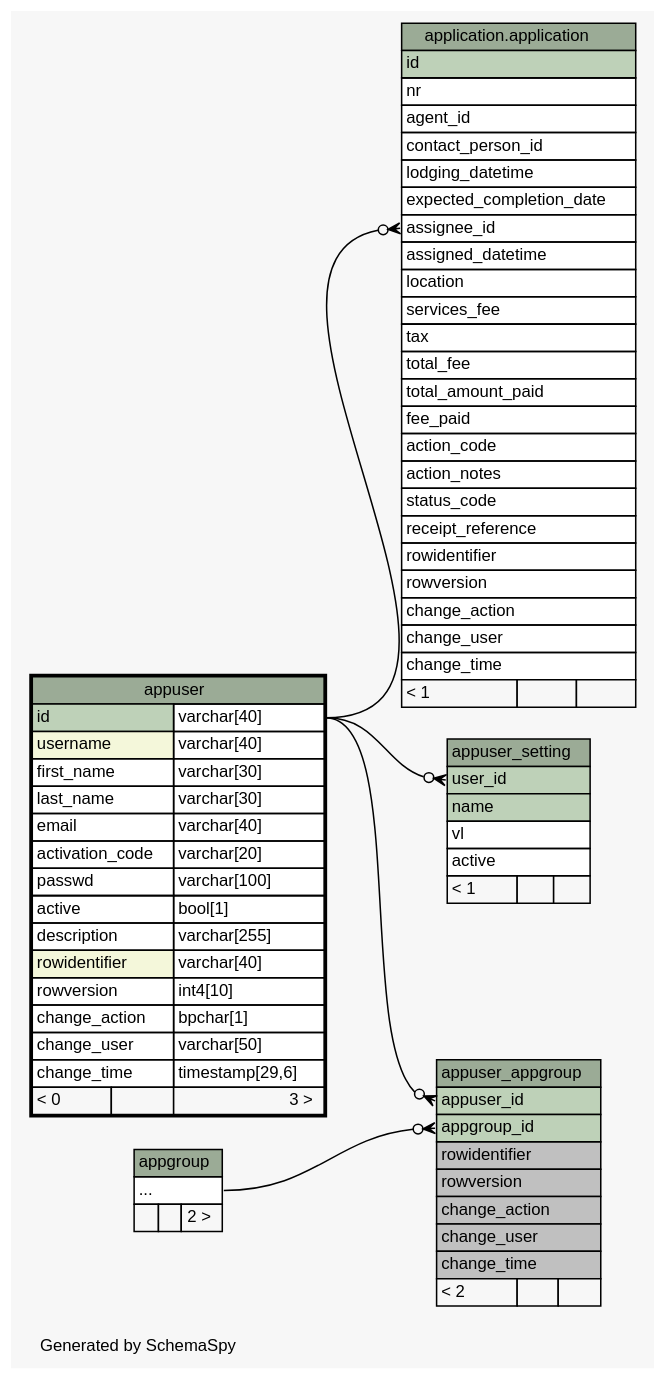
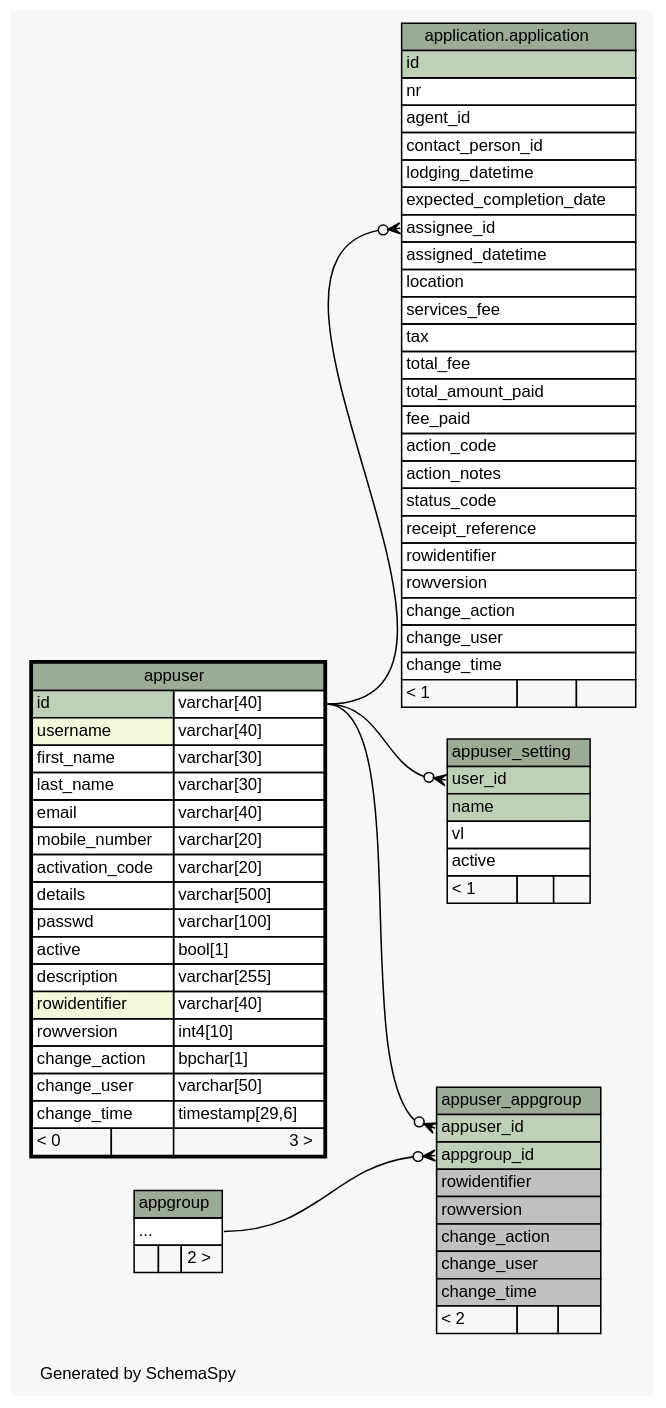
Before and after one commit to SOLA-FAO/database_sola: the diagram in doc/system/diagrams/appuser.2degrees.dot, drawn with Graphviz. The commit also changed 264 other files, not shown here.

```diff
--- a/doc/system/diagrams/appuser.2degrees.dot
+++ b/doc/system/diagrams/appuser.2degrees.dot
@@ -1,120 +1,122 @@
 // dot 2.36.0 on Windows 7 6.1
 // SchemaSpy rev 590
 digraph "twoDegreesRelationshipsDiagram" {
   graph [
     rankdir="RL"
     bgcolor="#f7f7f7"
     label="\nGenerated by SchemaSpy"
     labeljust="l"
     nodesep="0.18"
     ranksep="0.46"
     fontname="Helvetica"
     fontsize="11"
   ];
   node [
     fontname="Helvetica"
     fontsize="11"
     shape="plaintext"
   ];
   edge [
     arrowsize="0.8"
   ];
   "application.application":"assignee_id":w -> "appuser":"id.type":e [arrowhead=none dir=back arrowtail=crowodot];
   "appuser_appgroup":"appgroup_id":w -> "appgroup":"elipses":e [arrowhead=none dir=back arrowtail=crowodot];
   "appuser_appgroup":"appuser_id":w -> "appuser":"id.type":e [arrowhead=none dir=back arrowtail=crowodot];
   "appuser_setting":"user_id":w -> "appuser":"id.type":e [arrowhead=none dir=back arrowtail=crowodot];
   "appgroup" [
     label=<
     <TABLE BORDER="0" CELLBORDER="1" CELLSPACING="0" BGCOLOR="#ffffff">
       <TR><TD COLSPAN="3" BGCOLOR="#9bab96" ALIGN="CENTER">appgroup</TD></TR>
       <TR><TD PORT="elipses" COLSPAN="3" ALIGN="LEFT">...</TD></TR>
       <TR><TD ALIGN="LEFT" BGCOLOR="#f7f7f7">  </TD><TD ALIGN="RIGHT" BGCOLOR="#f7f7f7">  </TD><TD ALIGN="RIGHT" BGCOLOR="#f7f7f7">2 &gt;</TD></TR>
     </TABLE>>
     URL="appgroup.html"
     tooltip="appgroup"
   ];
   "application.application" [
     label=<
     <TABLE BORDER="0" CELLBORDER="1" CELLSPACING="0" BGCOLOR="#ffffff">
       <TR><TD COLSPAN="3" BGCOLOR="#9bab96" ALIGN="CENTER">application.application</TD></TR>
       <TR><TD PORT="id" COLSPAN="3" BGCOLOR="#bed1b8" ALIGN="LEFT">id</TD></TR>
       <TR><TD PORT="nr" COLSPAN="3" ALIGN="LEFT">nr</TD></TR>
       <TR><TD PORT="agent_id" COLSPAN="3" ALIGN="LEFT">agent_id</TD></TR>
       <TR><TD PORT="contact_person_id" COLSPAN="3" ALIGN="LEFT">contact_person_id</TD></TR>
       <TR><TD PORT="lodging_datetime" COLSPAN="3" ALIGN="LEFT">lodging_datetime</TD></TR>
       <TR><TD PORT="expected_completion_date" COLSPAN="3" ALIGN="LEFT">expected_completion_date</TD></TR>
       <TR><TD PORT="assignee_id" COLSPAN="3" ALIGN="LEFT">assignee_id</TD></TR>
       <TR><TD PORT="assigned_datetime" COLSPAN="3" ALIGN="LEFT">assigned_datetime</TD></TR>
       <TR><TD PORT="location" COLSPAN="3" ALIGN="LEFT">location</TD></TR>
       <TR><TD PORT="services_fee" COLSPAN="3" ALIGN="LEFT">services_fee</TD></TR>
       <TR><TD PORT="tax" COLSPAN="3" ALIGN="LEFT">tax</TD></TR>
       <TR><TD PORT="total_fee" COLSPAN="3" ALIGN="LEFT">total_fee</TD></TR>
       <TR><TD PORT="total_amount_paid" COLSPAN="3" ALIGN="LEFT">total_amount_paid</TD></TR>
       <TR><TD PORT="fee_paid" COLSPAN="3" ALIGN="LEFT">fee_paid</TD></TR>
       <TR><TD PORT="action_code" COLSPAN="3" ALIGN="LEFT">action_code</TD></TR>
       <TR><TD PORT="action_notes" COLSPAN="3" ALIGN="LEFT">action_notes</TD></TR>
       <TR><TD PORT="status_code" COLSPAN="3" ALIGN="LEFT">status_code</TD></TR>
       <TR><TD PORT="receipt_reference" COLSPAN="3" ALIGN="LEFT">receipt_reference</TD></TR>
       <TR><TD PORT="rowidentifier" COLSPAN="3" ALIGN="LEFT">rowidentifier</TD></TR>
       <TR><TD PORT="rowversion" COLSPAN="3" ALIGN="LEFT">rowversion</TD></TR>
       <TR><TD PORT="change_action" COLSPAN="3" ALIGN="LEFT">change_action</TD></TR>
       <TR><TD PORT="change_user" COLSPAN="3" ALIGN="LEFT">change_user</TD></TR>
       <TR><TD PORT="change_time" COLSPAN="3" ALIGN="LEFT">change_time</TD></TR>
       <TR><TD ALIGN="LEFT" BGCOLOR="#f7f7f7">&lt; 1</TD><TD ALIGN="RIGHT" BGCOLOR="#f7f7f7">  </TD><TD ALIGN="RIGHT" BGCOLOR="#f7f7f7">  </TD></TR>
     </TABLE>>
     URL="../../application/tables/application.html"
     tooltip="application.application"
   ];
   "appuser" [
     label=<
     <TABLE BORDER="2" CELLBORDER="1" CELLSPACING="0" BGCOLOR="#ffffff">
       <TR><TD COLSPAN="3" BGCOLOR="#9bab96" ALIGN="CENTER">appuser</TD></TR>
       <TR><TD PORT="id" COLSPAN="2" BGCOLOR="#bed1b8" ALIGN="LEFT">id</TD><TD PORT="id.type" ALIGN="LEFT">varchar[40]</TD></TR>
       <TR><TD PORT="username" COLSPAN="2" BGCOLOR="#f4f7da" ALIGN="LEFT">username</TD><TD PORT="username.type" ALIGN="LEFT">varchar[40]</TD></TR>
       <TR><TD PORT="first_name" COLSPAN="2" ALIGN="LEFT">first_name</TD><TD PORT="first_name.type" ALIGN="LEFT">varchar[30]</TD></TR>
       <TR><TD PORT="last_name" COLSPAN="2" ALIGN="LEFT">last_name</TD><TD PORT="last_name.type" ALIGN="LEFT">varchar[30]</TD></TR>
       <TR><TD PORT="email" COLSPAN="2" ALIGN="LEFT">email</TD><TD PORT="email.type" ALIGN="LEFT">varchar[40]</TD></TR>
+      <TR><TD PORT="mobile_number" COLSPAN="2" ALIGN="LEFT">mobile_number</TD><TD PORT="mobile_number.type" ALIGN="LEFT">varchar[20]</TD></TR>
       <TR><TD PORT="activation_code" COLSPAN="2" ALIGN="LEFT">activation_code</TD><TD PORT="activation_code.type" ALIGN="LEFT">varchar[20]</TD></TR>
+      <TR><TD PORT="details" COLSPAN="2" ALIGN="LEFT">details</TD><TD PORT="details.type" ALIGN="LEFT">varchar[500]</TD></TR>
       <TR><TD PORT="passwd" COLSPAN="2" ALIGN="LEFT">passwd</TD><TD PORT="passwd.type" ALIGN="LEFT">varchar[100]</TD></TR>
       <TR><TD PORT="active" COLSPAN="2" ALIGN="LEFT">active</TD><TD PORT="active.type" ALIGN="LEFT">bool[1]</TD></TR>
       <TR><TD PORT="description" COLSPAN="2" ALIGN="LEFT">description</TD><TD PORT="description.type" ALIGN="LEFT">varchar[255]</TD></TR>
       <TR><TD PORT="rowidentifier" COLSPAN="2" BGCOLOR="#f4f7da" ALIGN="LEFT">rowidentifier</TD><TD PORT="rowidentifier.type" ALIGN="LEFT">varchar[40]</TD></TR>
       <TR><TD PORT="rowversion" COLSPAN="2" ALIGN="LEFT">rowversion</TD><TD PORT="rowversion.type" ALIGN="LEFT">int4[10]</TD></TR>
       <TR><TD PORT="change_action" COLSPAN="2" ALIGN="LEFT">change_action</TD><TD PORT="change_action.type" ALIGN="LEFT">bpchar[1]</TD></TR>
       <TR><TD PORT="change_user" COLSPAN="2" ALIGN="LEFT">change_user</TD><TD PORT="change_user.type" ALIGN="LEFT">varchar[50]</TD></TR>
       <TR><TD PORT="change_time" COLSPAN="2" ALIGN="LEFT">change_time</TD><TD PORT="change_time.type" ALIGN="LEFT">timestamp[29,6]</TD></TR>
       <TR><TD ALIGN="LEFT" BGCOLOR="#f7f7f7">&lt; 0</TD><TD ALIGN="RIGHT" BGCOLOR="#f7f7f7">  </TD><TD ALIGN="RIGHT" BGCOLOR="#f7f7f7">3 &gt;</TD></TR>
     </TABLE>>
     URL="appuser.html"
     tooltip="appuser"
   ];
   "appuser_appgroup" [
     label=<
     <TABLE BORDER="0" CELLBORDER="1" CELLSPACING="0" BGCOLOR="#ffffff">
       <TR><TD COLSPAN="3" BGCOLOR="#9bab96" ALIGN="CENTER">appuser_appgroup</TD></TR>
       <TR><TD PORT="appuser_id" COLSPAN="3" BGCOLOR="#bed1b8" ALIGN="LEFT">appuser_id</TD></TR>
       <TR><TD PORT="appgroup_id" COLSPAN="3" BGCOLOR="#bed1b8" ALIGN="LEFT">appgroup_id</TD></TR>
       <TR><TD PORT="rowidentifier" COLSPAN="3" BGCOLOR="#c0c0c0" ALIGN="LEFT">rowidentifier</TD></TR>
       <TR><TD PORT="rowversion" COLSPAN="3" BGCOLOR="#c0c0c0" ALIGN="LEFT">rowversion</TD></TR>
       <TR><TD PORT="change_action" COLSPAN="3" BGCOLOR="#c0c0c0" ALIGN="LEFT">change_action</TD></TR>
       <TR><TD PORT="change_user" COLSPAN="3" BGCOLOR="#c0c0c0" ALIGN="LEFT">change_user</TD></TR>
       <TR><TD PORT="change_time" COLSPAN="3" BGCOLOR="#c0c0c0" ALIGN="LEFT">change_time</TD></TR>
       <TR><TD ALIGN="LEFT" BGCOLOR="#f7f7f7">&lt; 2</TD><TD ALIGN="RIGHT" BGCOLOR="#f7f7f7">  </TD><TD ALIGN="RIGHT" BGCOLOR="#f7f7f7">  </TD></TR>
     </TABLE>>
     URL="appuser_appgroup.html"
     tooltip="appuser_appgroup"
   ];
   "appuser_setting" [
     label=<
     <TABLE BORDER="0" CELLBORDER="1" CELLSPACING="0" BGCOLOR="#ffffff">
       <TR><TD COLSPAN="3" BGCOLOR="#9bab96" ALIGN="CENTER">appuser_setting</TD></TR>
       <TR><TD PORT="user_id" COLSPAN="3" BGCOLOR="#bed1b8" ALIGN="LEFT">user_id</TD></TR>
       <TR><TD PORT="name" COLSPAN="3" BGCOLOR="#bed1b8" ALIGN="LEFT">name</TD></TR>
       <TR><TD PORT="vl" COLSPAN="3" ALIGN="LEFT">vl</TD></TR>
       <TR><TD PORT="active" COLSPAN="3" ALIGN="LEFT">active</TD></TR>
       <TR><TD ALIGN="LEFT" BGCOLOR="#f7f7f7">&lt; 1</TD><TD ALIGN="RIGHT" BGCOLOR="#f7f7f7">  </TD><TD ALIGN="RIGHT" BGCOLOR="#f7f7f7">  </TD></TR>
     </TABLE>>
     URL="appuser_setting.html"
     tooltip="appuser_setting"
   ];
 }
```
